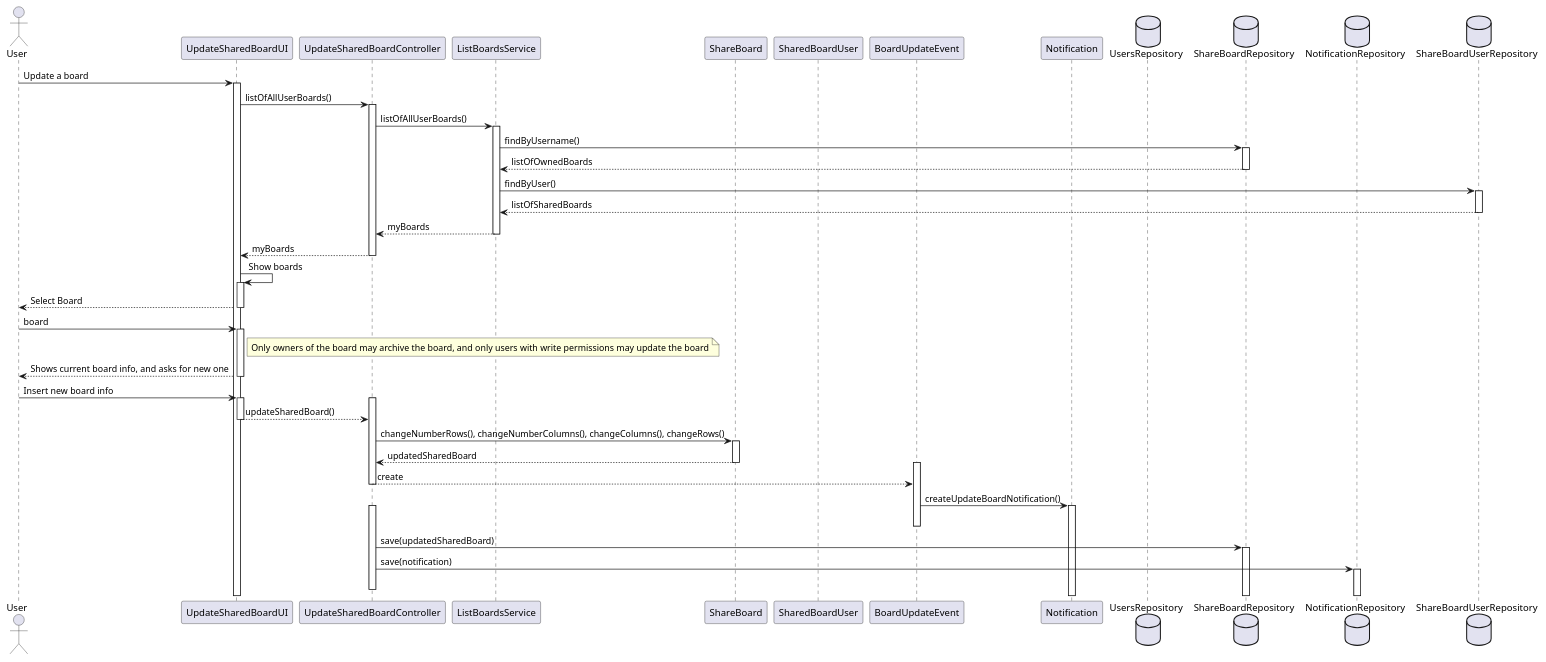
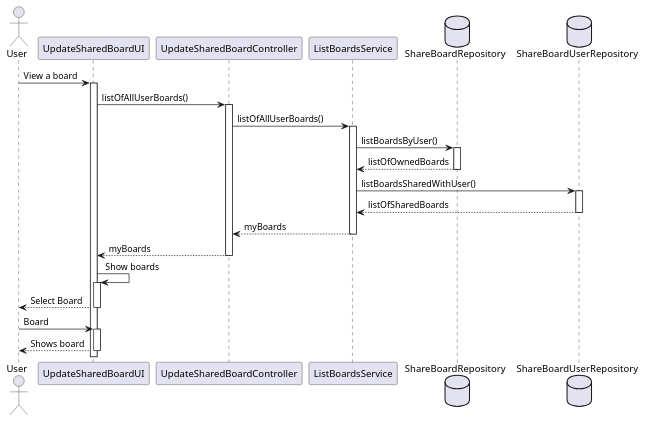
One commit to mascenso/isep-sem4-lapr4 changed the diagram in docs/SPRINT C/US3005 - View shared board updates/US3005-SD.puml. Above: the diagram before and after it, drawn with PlantUML. The commit also changed 15 other files, not shown here.

```diff
--- a/docs/SPRINT C/US3005 - View shared board updates/US3005-SD.puml
+++ b/docs/SPRINT C/US3005 - View shared board updates/US3005-SD.puml
@@ -1,50 +1,28 @@
 @startuml
 
 autoactivate on
 
 actor User as U
 participant "UpdateSharedBoardUI" as UI
 participant "UpdateSharedBoardController" as C
 participant "ListBoardsService" as S
-participant "ShareBoard" as SB
-participant "SharedBoardUser" as SBU
-participant "BoardUpdateEvent" as E
-participant "Notification" as N
-database "UsersRepository" as UR
 database "ShareBoardRepository" as SBR
-database "NotificationRepository" as NR
 database "ShareBoardUserRepository" as SBRU
 
 
-U -> UI:Update a board
+U -> UI:View a board
 UI -> C:listOfAllUserBoards()
 C->S:listOfAllUserBoards()
-S->SBR: findByUsername()
+S->SBR: listBoardsByUser()
 SBR-->S: listOfOwnedBoards
-S->SBRU:findByUser()
+S->SBRU:listBoardsSharedWithUser()
 SBRU-->S:listOfSharedBoards
 S-->C: myBoards
 C-->UI: myBoards
 UI->UI:Show boards
 UI-->U: Select Board
-U->UI: board
+U->UI: Board
+UI-->U: Shows board
 
 
-note right of UI: Only owners of the board may archive the board, and only users with write permissions may update the board
-UI-->U: Shows current board info, and asks for new one
-U->UI: Insert new board info
-activate C
-UI-->C: updateSharedBoard()
-C->SB: changeNumberRows(), changeNumberColumns(), changeColumns(), changeRows()
-SB-->C: updatedSharedBoard
-activate E
-C-->E: create
-E->N:createUpdateBoardNotification()
-deactivate E
-activate C
-C->SBR: save(updatedSharedBoard)
-C->NR: save(notification)
-
-deactivate C
-
 @enduml
```
